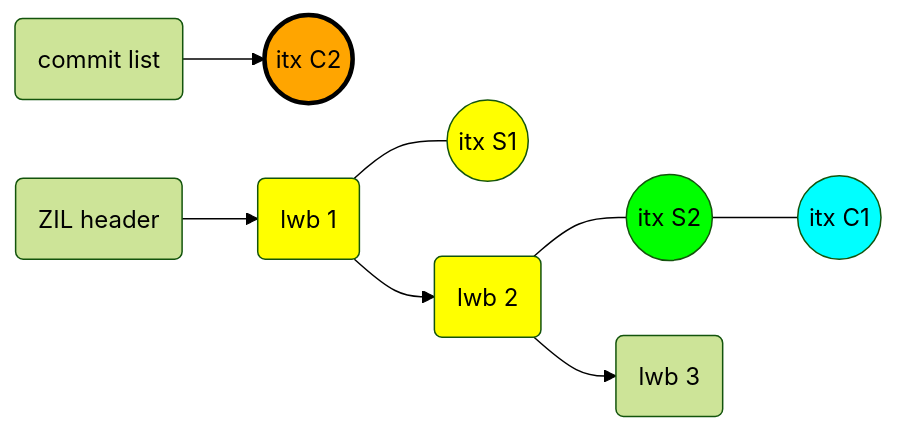
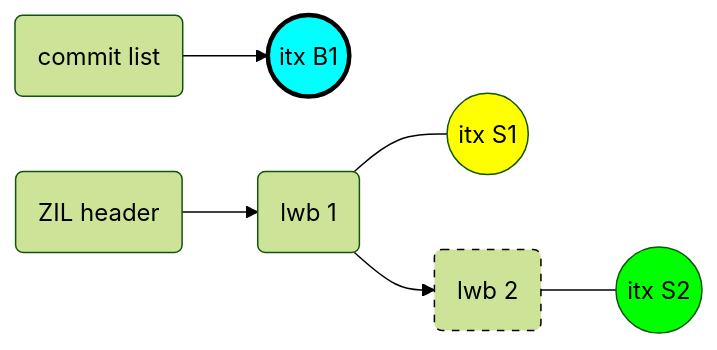
Before and after one commit to prakashsurya/prakashsurya.github.io: diagram 16 of 44 in content/post/2017-10-24-zil-performance-how-i-doubled-sync-write-speed.md, drawn with Mermaid (forest theme). The commit also changed other lines of this file, not shown here.

```diff
--- a/content/post/2017-10-24-zil-performance-how-i-doubled-sync-write-speed.md
+++ b/content/post/2017-10-24-zil-performance-how-i-doubled-sync-write-speed.md
@@ -572,19 +906,15 @@
 <div class="mermaid">
 graph LR
-  CLIST(commit list) --> OBJ-C-2((itx C2))
+  CLIST(commit list) --> OBJ-B-1((itx B1))
 
   HEADER(ZIL header) --> LWB-1(lwb 1)
   LWB-1              --- SLIST-1((itx S1))
   LWB-1              --> LWB-2(lwb 2)
   LWB-2              --- SLIST-2((itx S2))
-  SLIST-2            --- OBJ-C-1((itx C1))
-  LWB-2              --> LWB-3(lwb 3)
-  LWB-3
 
   style SLIST-1 fill:#ffff00
   style SLIST-2 fill:#00ff00
-  style OBJ-C-1 fill:#00ffff
-  style OBJ-C-2 fill:#ffa500,stroke:#000000,stroke-width:3px
-  style LWB-1   fill:#ffff00
-  style LWB-2   fill:#ffff00
+  style OBJ-B-1 fill:#00ffff,stroke:#000000,stroke-width:3px
+
+  style LWB-2 stroke:#000000, stroke-dasharray:5, 5
 </div>
```
